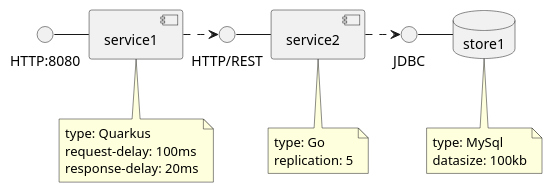
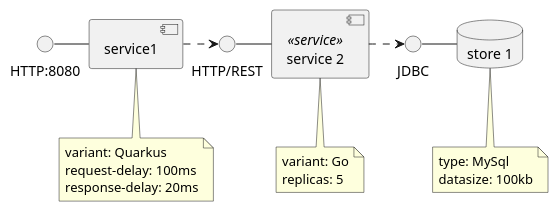
One commit to iteratec/microzoo changed the diagram in scenarios/basic.puml. Above: the diagram before and after it, drawn with PlantUML. The commit also changed 3 other files, not shown here.

```diff
--- a/scenarios/basic.puml
+++ b/scenarios/basic.puml
@@ -1,28 +1,31 @@
 @startuml
 
-database store1
-note bottom
-type: MySql
-datasize: 100kb
-end note
+database "store 1"
+note bottom of "store 1" {
+    type: MySql
+    datasize: 100kb
+}
+JDBC - [store 1]
 
 component service1
-note bottom
-type: Quarkus
-request-delay: 100ms
-response-delay: 20ms
-end note
 
-component service2
-note bottom
-type: Go
-replication: 5
-end note
+note bottom of service1 {
+    variant: Quarkus
+    request-delay: 100ms
+    response-delay: 20ms
+}
 
-() "HTTP:8080" - [service1]
-[service1] .> () "HTTP/REST"
-() "HTTP/REST" - [service2]
-[service2] .> JDBC
-JDBC - store1
+() "HTTP:8080" - service1
+
+
+component "service 2" <<service>>
+note bottom of "service 2" {
+    variant: Go
+    replicas: 5
+}
+() "HTTP/REST" - [service 2]
+
+service1 .> () "HTTP/REST"
+[service 2] .> JDBC
 
 @enduml
```
